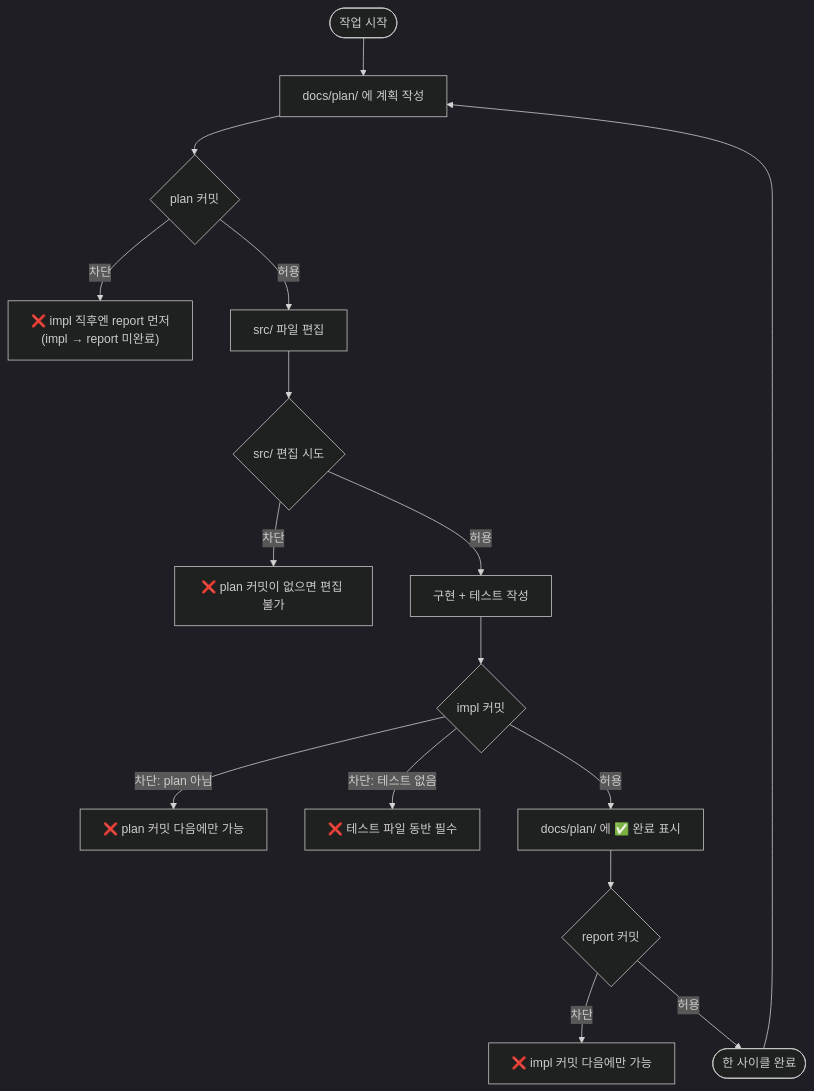
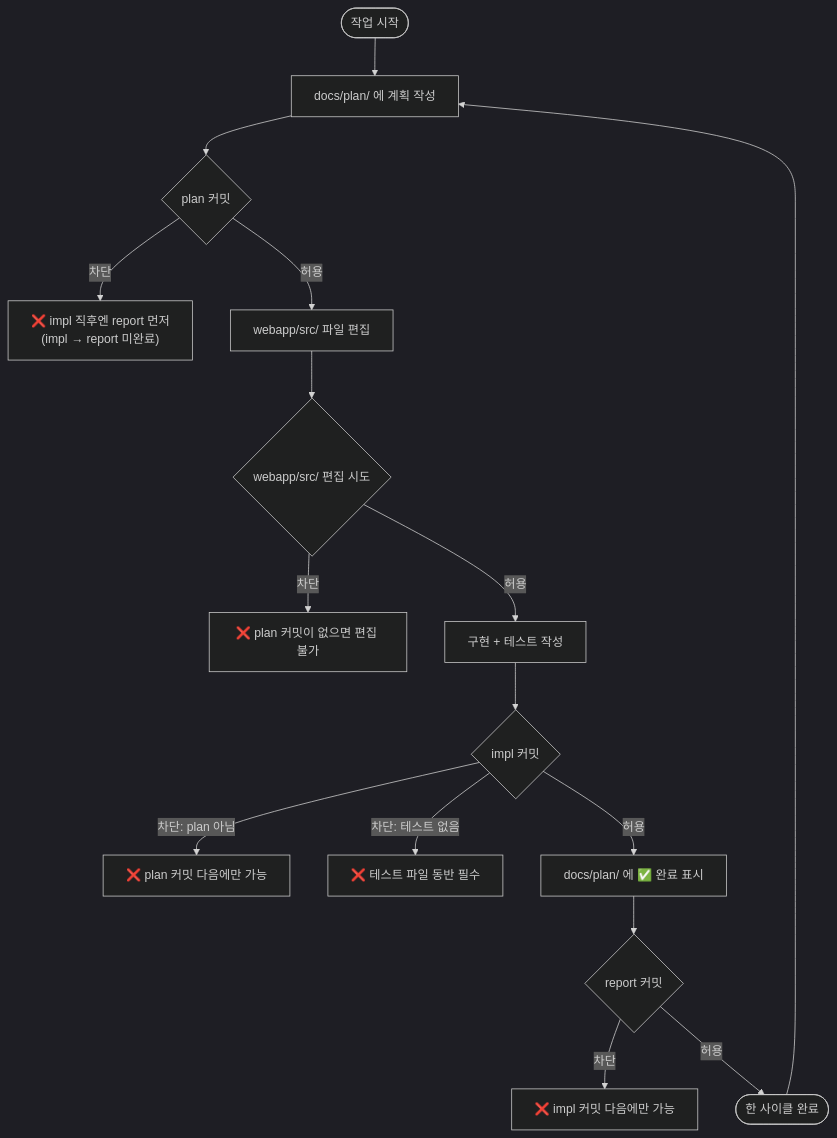
Before and after one commit to seungrye/slowmade-duckdns-org: the first of 2 diagrams in docs/hooks.md, drawn with Mermaid (dark theme). The commit also changed other lines of this file and 287 other files, not shown here.

````diff
--- a/docs/hooks.md
+++ b/docs/hooks.md
@@ -10,22 +10,22 @@
 ```mermaid
 flowchart TD
     A([작업 시작]) --> B[docs/plan/ 에 계획 작성]
     B --> C{plan 커밋}
     C -->|차단| C1["❌ impl 직후엔 report 먼저\n(impl → report 미완료)"]
-    C -->|허용| D[src/ 파일 편집]
+    C -->|허용| D[webapp/src/ 파일 편집]
 
-    D --> E{src/ 편집 시도}
+    D --> E{webapp/src/ 편집 시도}
     E -->|차단| E1[❌ plan 커밋이 없으면 편집 불가]
     E -->|허용| F[구현 + 테스트 작성]
 
     F --> G{impl 커밋}
     G -->|차단: plan 아님| G1[❌ plan 커밋 다음에만 가능]
     G -->|차단: 테스트 없음| G2[❌ 테스트 파일 동반 필수]
     G -->|허용| H["docs/plan/ 에 ✅ 완료 표시"]
 
     H --> I{report 커밋}
     I -->|차단| I1[❌ impl 커밋 다음에만 가능]
     I -->|허용| J([한 사이클 완료])
 
     J --> B
 ```
````
